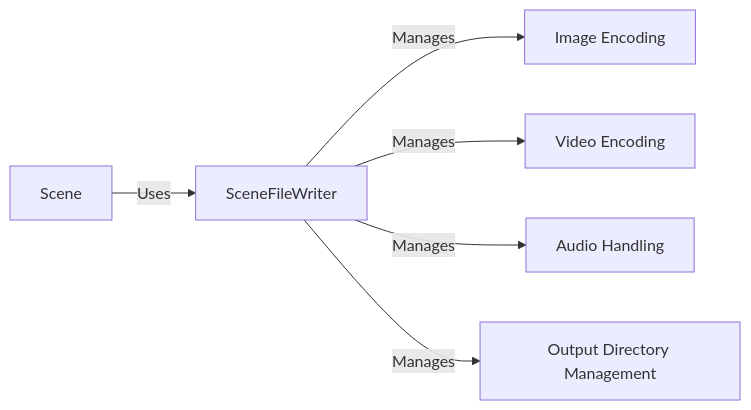
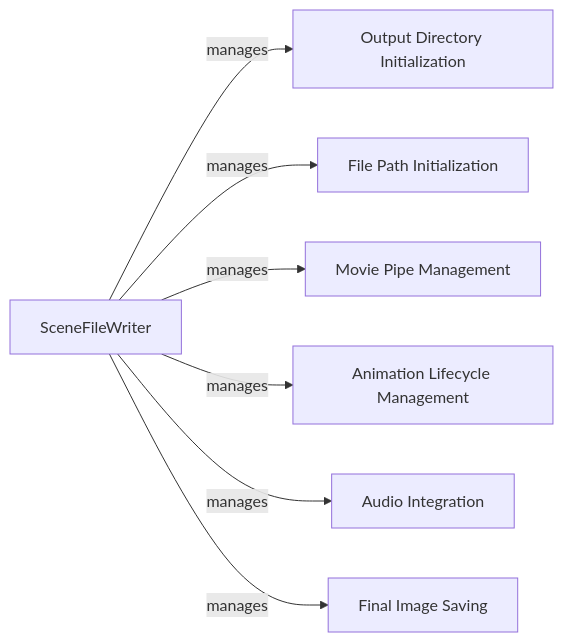
One commit to CodeBoarding/GeneratedOnBoardings changed the diagram in manim/File Output.md. Above: the diagram before and after it, drawn with Mermaid. The commit also changed other lines of this file and 7 other files, not shown here.

````diff
--- a/manim/File Output.md
+++ b/manim/File Output.md
@@ -1,14 +1,16 @@
 ```mermaid
 graph LR
     SceneFileWriter["SceneFileWriter"]
-    Scene["Scene"]
-    Image_Encoding["Image Encoding"]
-    Video_Encoding["Video Encoding"]
-    Audio_Handling["Audio Handling"]
-    Output_Directory_Management["Output Directory Management"]
-    Scene -- "Uses" --> SceneFileWriter
-    SceneFileWriter -- "Manages" --> Image_Encoding
-    SceneFileWriter -- "Manages" --> Video_Encoding
-    SceneFileWriter -- "Manages" --> Audio_Handling
-    SceneFileWriter -- "Manages" --> Output_Directory_Management
+    Output_Directory_Initialization["Output Directory Initialization"]
+    File_Path_Initialization["File Path Initialization"]
+    Movie_Pipe_Management["Movie Pipe Management"]
+    Animation_Lifecycle_Management["Animation Lifecycle Management"]
+    Audio_Integration["Audio Integration"]
+    Final_Image_Saving["Final Image Saving"]
+    SceneFileWriter -- "manages" --> Output_Directory_Initialization
+    SceneFileWriter -- "manages" --> File_Path_Initialization
+    SceneFileWriter -- "manages" --> Movie_Pipe_Management
+    SceneFileWriter -- "manages" --> Animation_Lifecycle_Management
+    SceneFileWriter -- "manages" --> Audio_Integration
+    SceneFileWriter -- "manages" --> Final_Image_Saving
 ```
````
